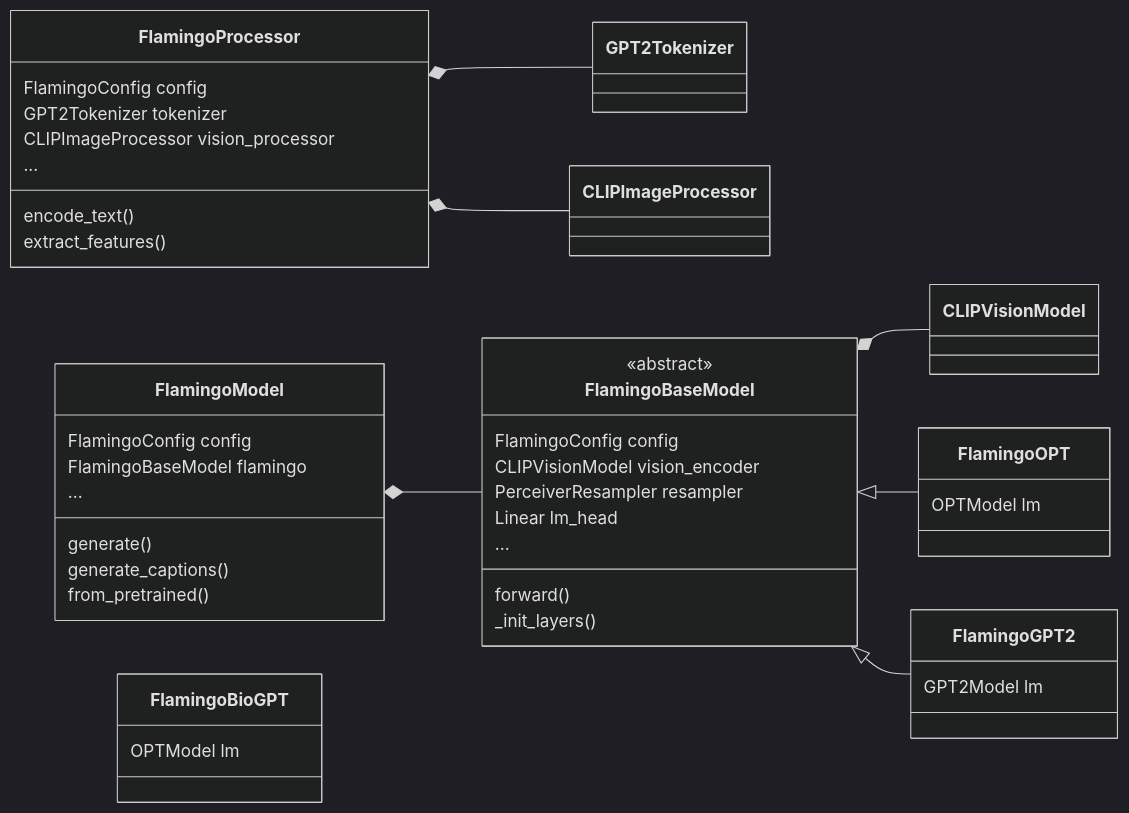
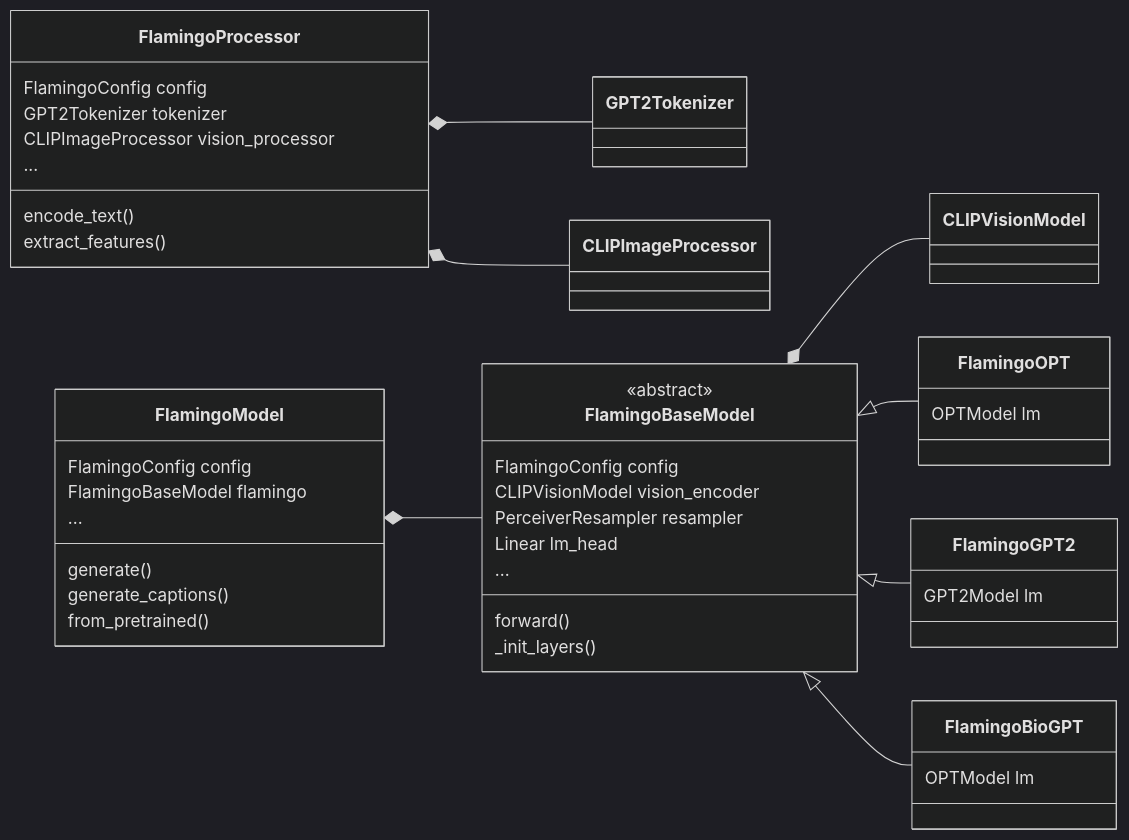
The diagram in README.md (dasklarleo/MedFlamingo-mini), drawn with Mermaid (dark theme) before and after one commit.

````diff
--- a/README.md
+++ b/README.md
@@ -100,53 +100,54 @@
 ```mermaid
 classDiagram
 direction LR
 class FlamingoProcessor {
   FlamingoConfig config
   GPT2Tokenizer tokenizer
   CLIPImageProcessor vision_processor
   
   encode_text()
   extract_features()
   ...
 }
 class GPT2Tokenizer
 class CLIPVisionModel
 class CLIPImageProcessor
 FlamingoProcessor *-- GPT2Tokenizer
 FlamingoProcessor *-- CLIPImageProcessor
 
 class FlamingoModel {
   FlamingoConfig config
   FlamingoBaseModel flamingo
   
   generate()
   generate_captions()
   from_pretrained() 
   ...
 }
 
 class FlamingoBaseModel {
   <<abstract>>
   FlamingoConfig config
   CLIPVisionModel vision_encoder
   PerceiverResampler resampler
   Linear lm_head
   forward()
   _init_layers()
   ...
 }
 class FlamingoBioGPT {
   OPTModel lm
 }
 class FlamingoOPT {
   OPTModel lm
 }
 
 class FlamingoGPT2 {
   GPT2Model lm
 }
 FlamingoModel *-- FlamingoBaseModel
 FlamingoBaseModel *-- CLIPVisionModel
 FlamingoBaseModel <|-- FlamingoOPT
 FlamingoBaseModel <|-- FlamingoGPT2
+FlamingoBaseModel <|-- FlamingoBioGPT
 ```
````
